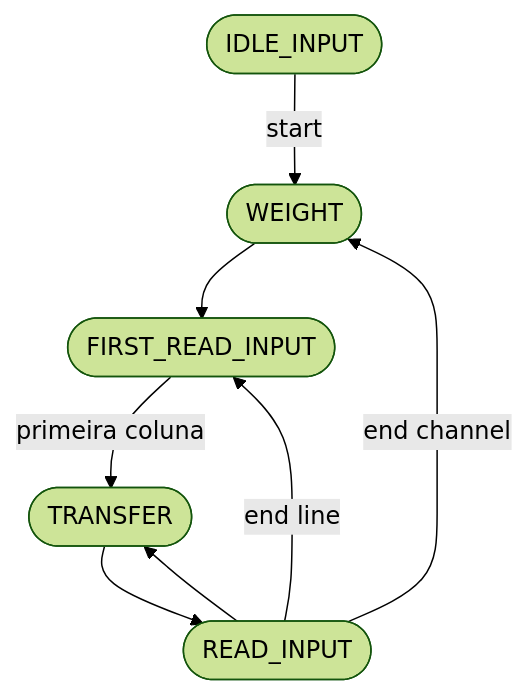
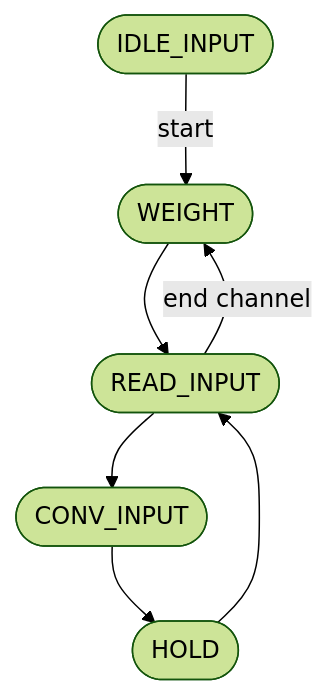
The first of 2 diagrams in rtl/control-sum/README.md (tarsioonofrio/FastConv_SystemVerilog), drawn with Mermaid (forest theme) before and after one commit. The commit also changed other lines of this file, not shown here.

````diff
--- a/rtl/control-sum/README.md
+++ b/rtl/control-sum/README.md
@@ -49,7 +56,6 @@
 ```mermaid
 flowchart TB
-    I(["IDLE_INPUT"]) --> |"start"| W(["WEIGHT"]) --> FR(["FIRST_READ_INPUT"]) --> |"primeira coluna"| T(["TRANSFER"]) --> R(["READ_INPUT"])
-    R --> T
-    R --> |"end line"| FR
+    I(["IDLE_INPUT"]) --> |"start"| W(["WEIGHT"]) --> R(["READ_INPUT"]) --> C(["CONV_INPUT"]) --> H(["HOLD"])
+    H --> R
     R --> |"end channel"| W
 ```
````
